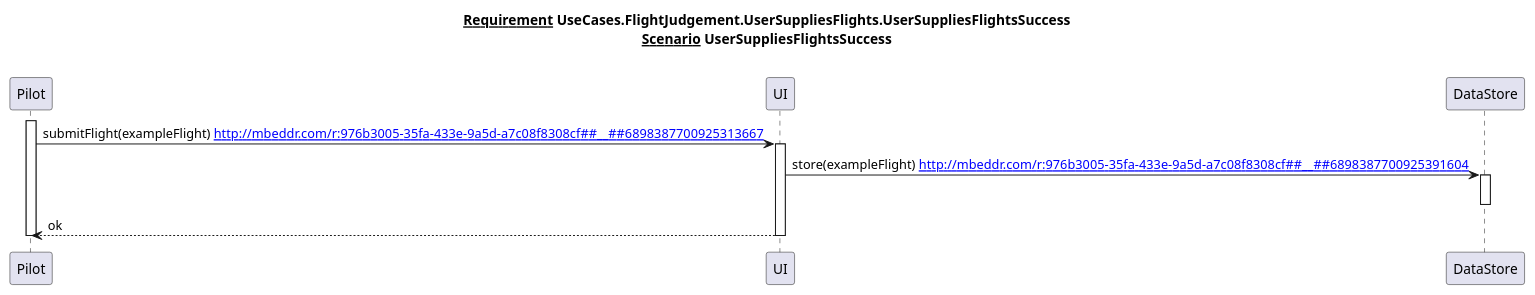
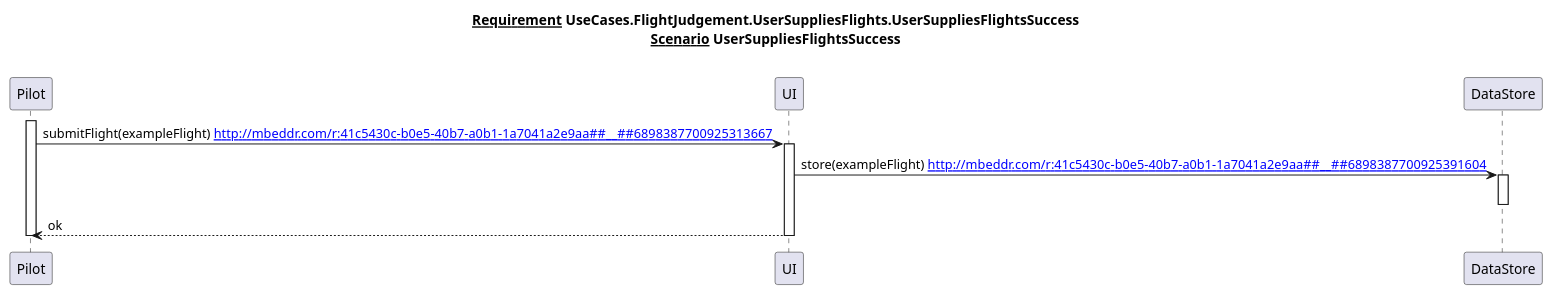
Before and after one commit to mbeddr/mbeddr.core: the diagram in code/applications/tutorial/solutions/mbeddr.tutorial.main/temp/requirementsReportreqInvisble_2FlightJudgementUserSuppliesFlightsUserSuppliesFlightsSuccessUserSuppliesFlightsSuccess_scenario.puml, drawn with PlantUML. The commit also changed 6 other files, not shown here.

```diff
--- a/code/applications/tutorial/solutions/mbeddr.tutorial.main/temp/requirementsReportreqInvisble_2FlightJudgementUserSuppliesFlightsUserSuppliesFlightsSuccessUserSuppliesFlightsSuccess_scenario.puml
+++ b/code/applications/tutorial/solutions/mbeddr.tutorial.main/temp/requirementsReportreqInvisble_2FlightJudgementUserSuppliesFlightsUserSuppliesFlightsSuccessUserSuppliesFlightsSuccess_scenario.puml
@@ -1,22 +1,22 @@
 @startuml
 title
 <u>Requirement</u> UseCases.FlightJudgement.UserSuppliesFlights.UserSuppliesFlightsSuccess
 <u>Scenario</u> UserSuppliesFlightsSuccess
 
 end title
 participant Pilot
-url of Pilot is [[http://mbeddr.com/r:976b3005-35fa-433e-9a5d-a7c08f8308cf##__##6898387700925062299]]
+url of Pilot is [[http://mbeddr.com/r:41c5430c-b0e5-40b7-a0b1-1a7041a2e9aa##__##6898387700925062299]]
 participant UI
-url of UI is [[http://mbeddr.com/r:976b3005-35fa-433e-9a5d-a7c08f8308cf##__##6898387700925260474]]
+url of UI is [[http://mbeddr.com/r:41c5430c-b0e5-40b7-a0b1-1a7041a2e9aa##__##6898387700925260474]]
 participant DataStore
-url of DataStore is [[http://mbeddr.com/r:976b3005-35fa-433e-9a5d-a7c08f8308cf##__##6898387700925260483]]
+url of DataStore is [[http://mbeddr.com/r:41c5430c-b0e5-40b7-a0b1-1a7041a2e9aa##__##6898387700925260483]]
 activate Pilot
-Pilot -> UI : submitFlight(exampleFlight) [[http://mbeddr.com/r:976b3005-35fa-433e-9a5d-a7c08f8308cf##__##6898387700925313667]]
+Pilot -> UI : submitFlight(exampleFlight) [[http://mbeddr.com/r:41c5430c-b0e5-40b7-a0b1-1a7041a2e9aa##__##6898387700925313667]]
 activate UI
-UI -> DataStore : store(exampleFlight) [[http://mbeddr.com/r:976b3005-35fa-433e-9a5d-a7c08f8308cf##__##6898387700925391604]]
+UI -> DataStore : store(exampleFlight) [[http://mbeddr.com/r:41c5430c-b0e5-40b7-a0b1-1a7041a2e9aa##__##6898387700925391604]]
 activate DataStore
 deactivate DataStore
 Pilot <-- UI:ok
 deactivate UI
 deactivate Pilot
 @enduml
```
